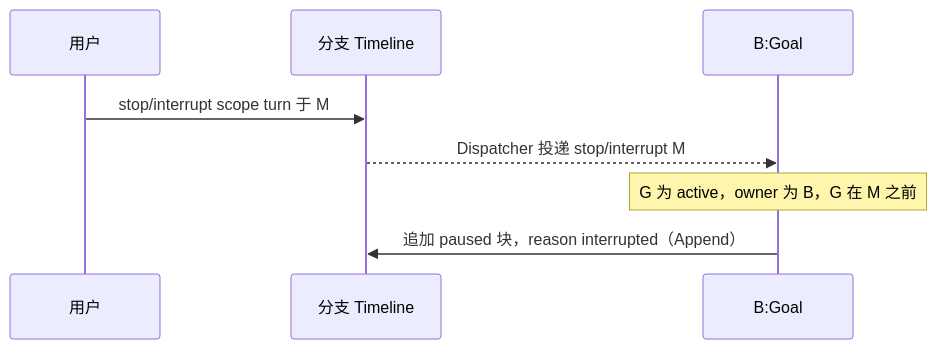
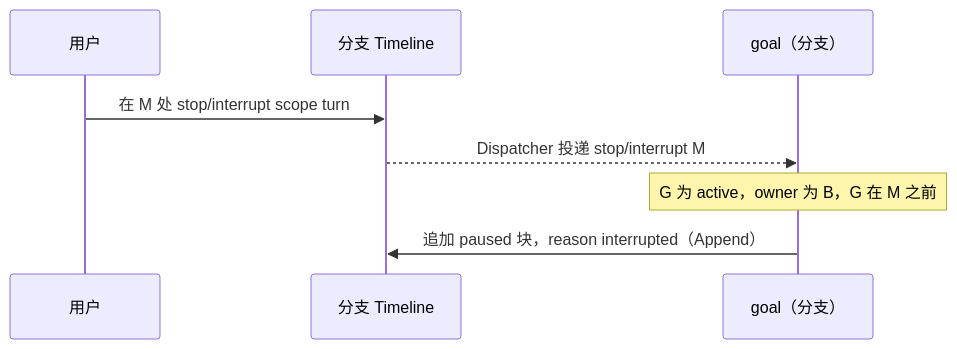
Before and after one commit to CoutinhoTTS/dim-agent: the fifth of 6 diagrams in docs/zh/design/plugins/Goal.md, drawn with Mermaid. The commit also changed other lines of this file and 18 other files, not shown here.

````diff
--- a/docs/zh/design/plugins/Goal.md
+++ b/docs/zh/design/plugins/Goal.md
@@ -129,10 +129,10 @@
 ```mermaid
 sequenceDiagram
   participant User as 用户
   participant TL as 分支 Timeline
-  participant G as B:Goal
-  User->>TL: stop/interrupt scope turn 于 M
+  participant G as goal（分支）
+  User->>TL: 在 M 处 stop/interrupt scope turn
   TL-->>G: Dispatcher 投递 stop/interrupt M
   Note over G: G 为 active，owner 为 B，G 在 M 之前
   G->>TL: 追加 paused 块，reason interrupted（Append）
 ```
````
